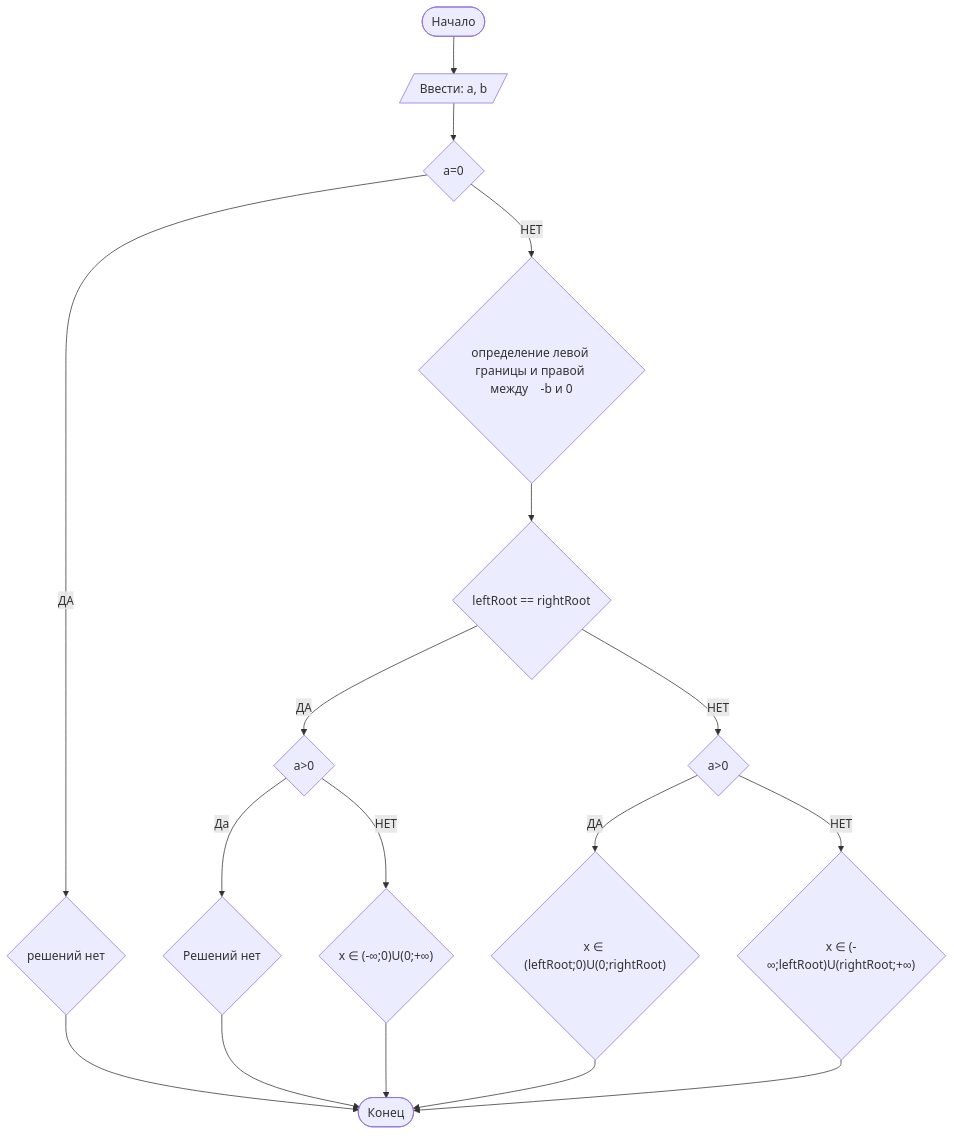
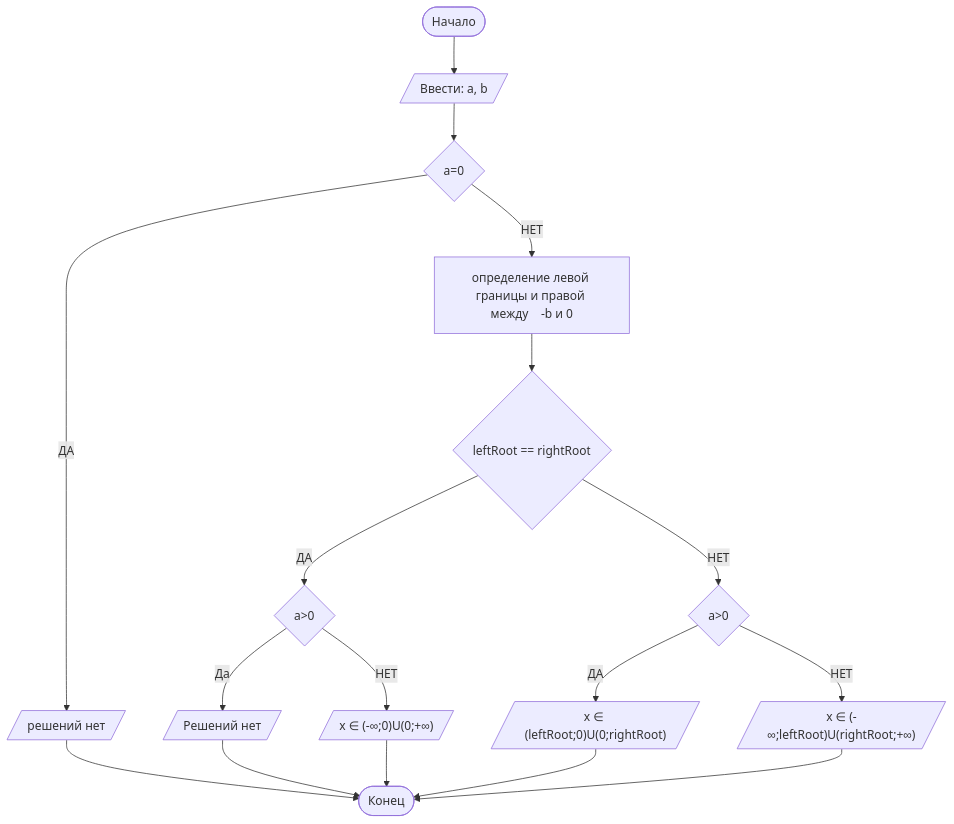
One commit to SmaginIII/Laba_n1_SMAGIN_PM-2601 changed the diagram in README.md. Above: the diagram before and after it, drawn with Mermaid.

````diff
--- a/README.md
+++ b/README.md
@@ -65,20 +65,20 @@
 ```mermaid
 graph TD
     A([Начало]) --> B[/Ввести: a, b/]
     B --> C{a=0}
-    C -- ДА --> D{решений нет}
-    C -- НЕТ -->E{определение левой границы и правой между    -b и 0}
+    C -- ДА --> D[/решений нет/]
+    C -- НЕТ -->E[определение левой границы и правой между    -b и 0]
     E --> R{leftRoot == rightRoot}
     R -- ДА --> G{a>0}
-    G -- Да --> F{Решений нет}
-    G -- НЕТ --> S{"x ∈ (-∞;0)U(0;+∞)"}
+    G -- Да --> F[/Решений нет/]
+    G -- НЕТ --> S[/"x ∈ (-∞;0)U(0;+∞)"/]
     R -- НЕТ --> W{a>0}
-    W -- ДА --> Q{"x ∈ (leftRoot;0)U(0;rightRoot)"}
-    W -- НЕТ --> Z{"x ∈ (-∞;leftRoot)U(rightRoot;+∞)"}
+    W -- ДА --> Q[/"x ∈ (leftRoot;0)U(0;rightRoot)"/]
+    W -- НЕТ --> Z[/"x ∈ (-∞;leftRoot)U(rightRoot;+∞)"/]
     Z -->P
     Q -->P
     F -->P
     D -->P
     S -->P([Конец])
 
 ```
````
